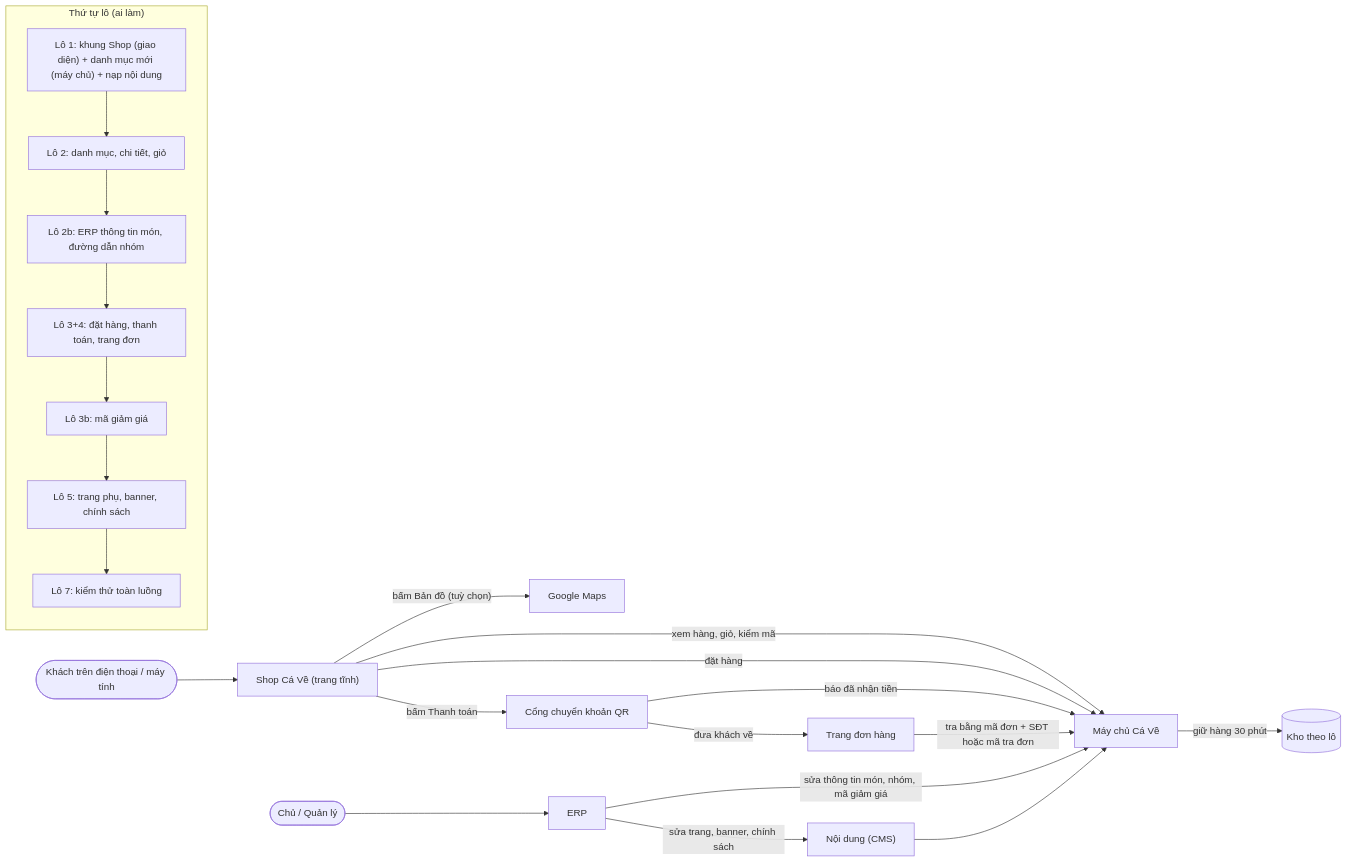
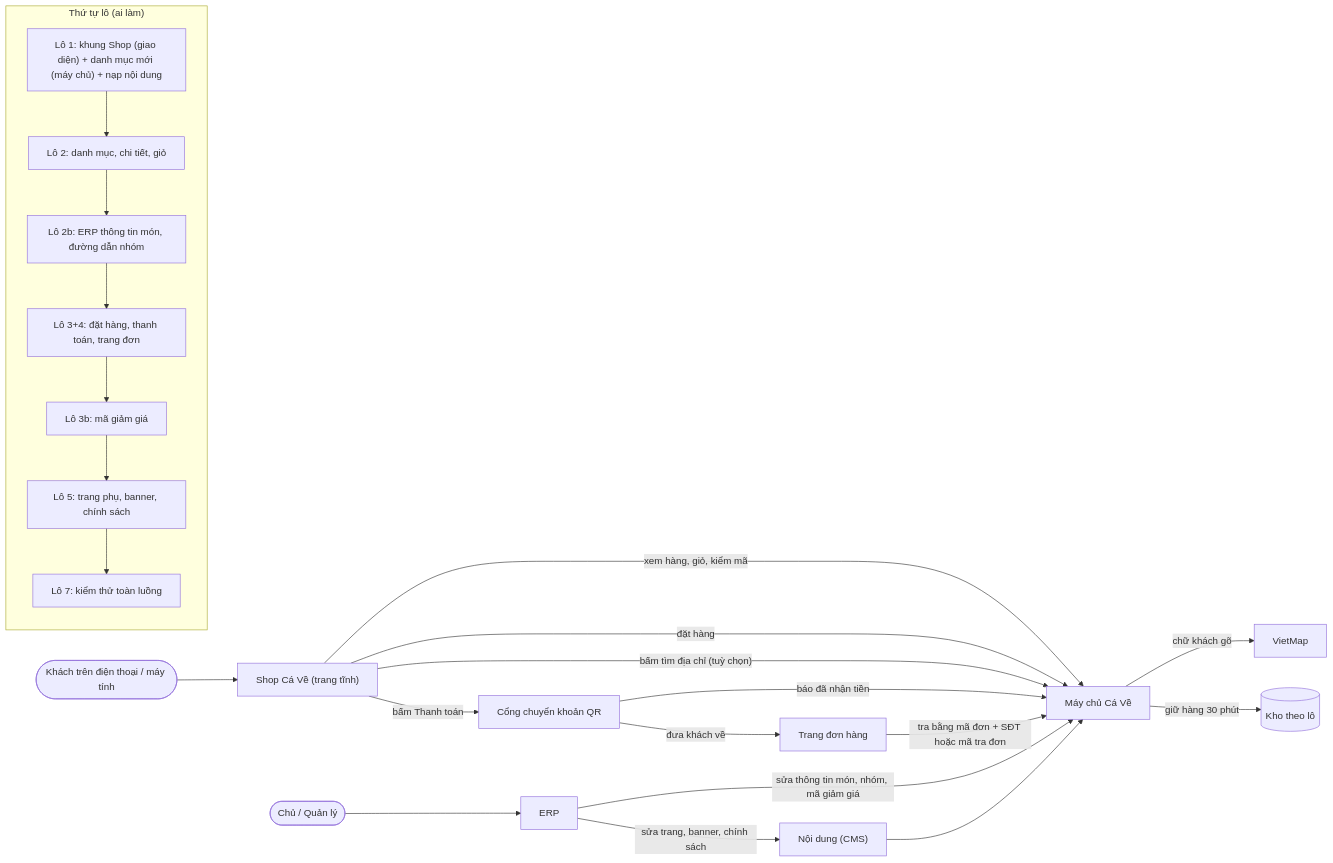
The first of 4 diagrams in doc/features/2026-10-06-shop-giao-dien-moi/02b-tech-design.md (DuyduyFedev46/fish), drawn with Mermaid before and after one commit. The commit also changed other lines of this file, not shown here.

First line of the commit message:
SHOP-3-04: 02b §1.9b thiết kế VietMap thay Google Maps (techlead 25/11)

````diff
--- a/doc/features/2026-10-06-shop-giao-dien-moi/02b-tech-design.md
+++ b/doc/features/2026-10-06-shop-giao-dien-moi/02b-tech-design.md
@@ -3,25 +3,26 @@
 ```mermaid
 flowchart LR
     K(["Khách trên điện thoại / máy tính"]) --> S["Shop Cá Về (trang tĩnh)"]
     S -->|"xem hàng, giỏ, kiểm mã"| A["Máy chủ Cá Về"]
     S -->|"đặt hàng"| A
-    S -->|"bấm Bản đồ (tuỳ chọn)"| G["Google Maps"]
+    S -->|"bấm tìm địa chỉ (tuỳ chọn)"| A
+    A -->|"chữ khách gõ"| G["VietMap"]
     A -->|"giữ hàng 30 phút"| KHO[("Kho theo lô")]
     S -->|"bấm Thanh toán"| C["Cổng chuyển khoản QR"]
     C -->|"báo đã nhận tiền"| A
     C -->|"đưa khách về"| D["Trang đơn hàng"]
     D -->|"tra bằng mã đơn + SĐT hoặc mã tra đơn"| A
     E(["Chủ / Quản lý"]) --> ERP["ERP"]
     ERP -->|"sửa thông tin món, nhóm, mã giảm giá"| A
     ERP -->|"sửa trang, banner, chính sách"| CMS["Nội dung (CMS)"]
     CMS --> A
 
     subgraph LO["Thứ tự lô (ai làm)"]
       L1["Lô 1: khung Shop (giao diện) + danh mục mới (máy chủ) + nạp nội dung"] --> L2["Lô 2: danh mục, chi tiết, giỏ"]
       L2 --> L2b["Lô 2b: ERP thông tin món, đường dẫn nhóm"]
       L2b --> L34["Lô 3+4: đặt hàng, thanh toán, trang đơn"]
       L34 --> L3b["Lô 3b: mã giảm giá"]
       L3b --> L5["Lô 5: trang phụ, banner, chính sách"]
       L5 --> L7["Lô 7: kiểm thử toàn luồng"]
     end
 ```
````
